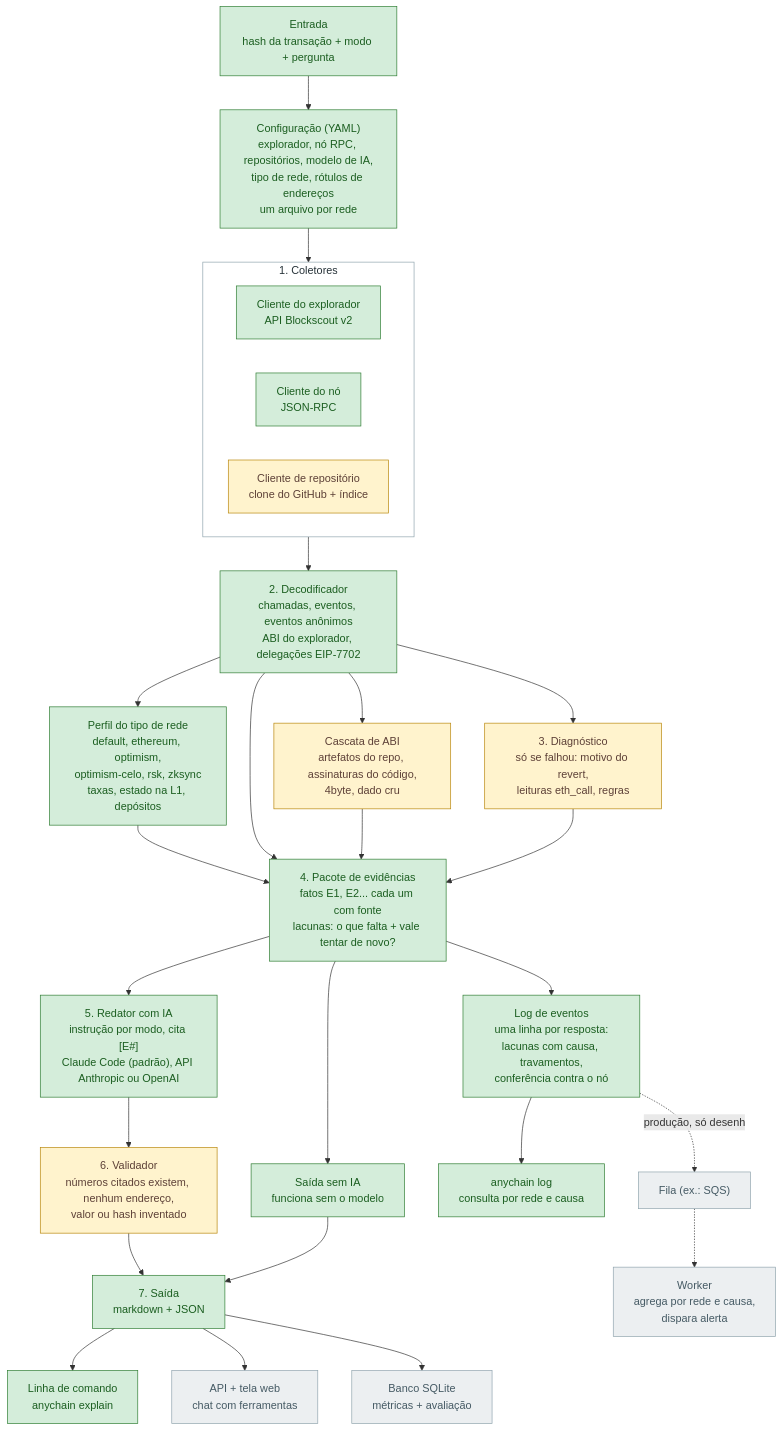
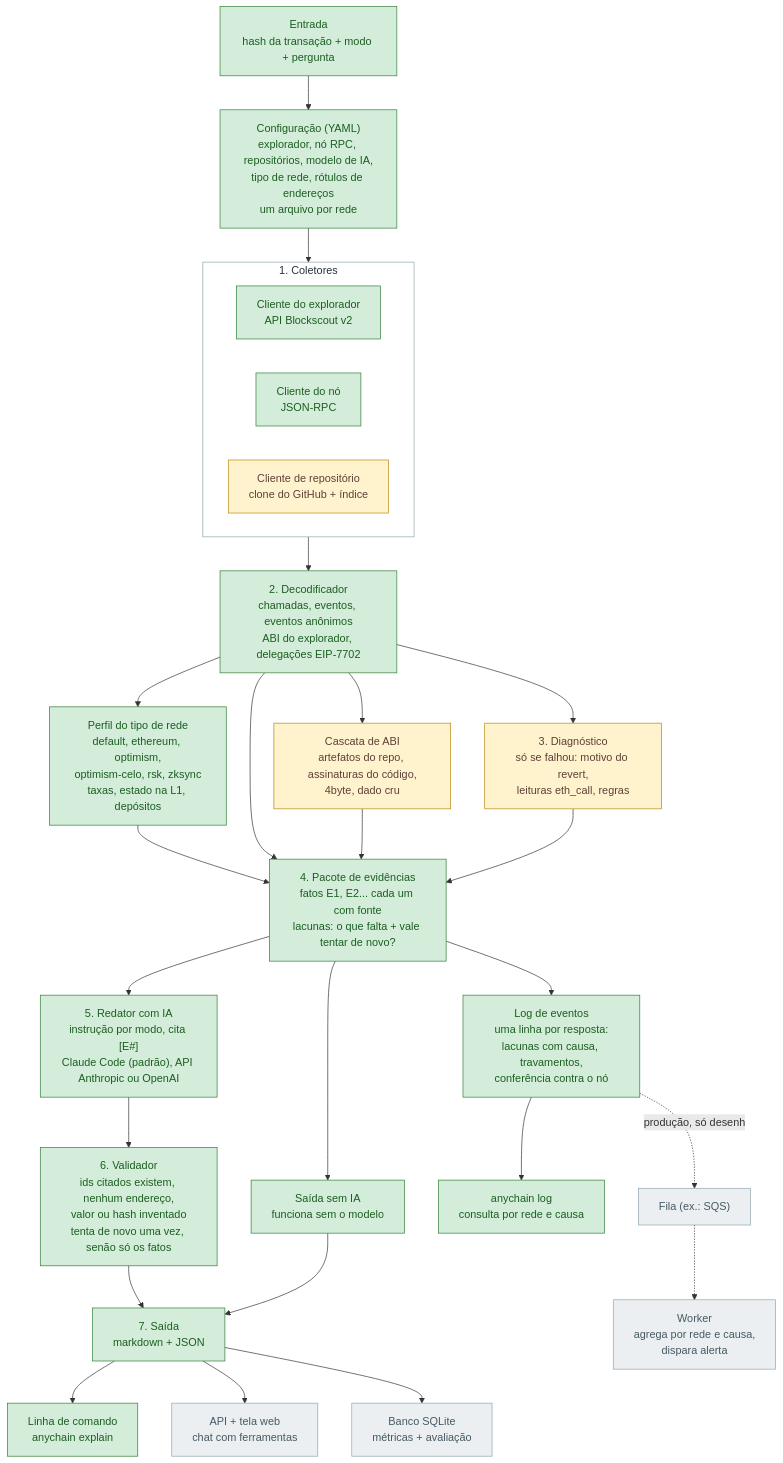
The first of 5 diagrams in docs/ARCHITECTURE.pt-BR.md (Ebaoj/anychain), drawn with Mermaid before and after one commit. The commit also changed other lines of this file and 10 other files, not shown here.

````diff
--- a/docs/ARCHITECTURE.pt-BR.md
+++ b/docs/ARCHITECTURE.pt-BR.md
@@ -20,46 +20,46 @@
 ```mermaid
 flowchart TD
     IN["Entrada<br/>hash da transação + modo + pergunta"] --> CFG
 
     CFG["Configuração (YAML)<br/>explorador, nó RPC, repositórios, modelo de IA,<br/>tipo de rede, rótulos de endereços<br/>um arquivo por rede"]
 
     CFG --> COL
     subgraph COL["1. Coletores"]
         EXP["Cliente do explorador<br/>API Blockscout v2"]
         RPC["Cliente do nó<br/>JSON-RPC"]
         REPO["Cliente de repositório<br/>clone do GitHub + índice"]
     end
 
     COL --> DEC["2. Decodificador<br/>chamadas, eventos, eventos anônimos<br/>ABI do explorador, delegações EIP-7702"]
     DEC --> PRO["Perfil do tipo de rede<br/>default, ethereum, optimism,<br/>optimism-celo, rsk, zksync<br/>taxas, estado na L1, depósitos"]
     PRO --> BUN
     DEC --> CAS["Cascata de ABI<br/>artefatos do repo, assinaturas do código,<br/>4byte, dado cru"]
     DEC --> DIAG["3. Diagnóstico<br/>só se falhou: motivo do revert,<br/>leituras eth_call, regras"]
     DEC --> BUN
     CAS --> BUN
     DIAG --> BUN
 
     BUN["4. Pacote de evidências<br/>fatos E1, E2... cada um com fonte<br/>lacunas: o que falta + vale tentar de novo?"]
     BUN --> WRI["5. Redator com IA<br/>instrução por modo, cita [E#]<br/>Claude Code (padrão), API Anthropic ou OpenAI"]
     BUN --> REN["Saída sem IA<br/>funciona sem o modelo"]
-    WRI --> VAL["6. Validador<br/>números citados existem, nenhum endereço,<br/>valor ou hash inventado"]
+    WRI --> VAL["6. Validador<br/>ids citados existem, nenhum endereço,<br/>valor ou hash inventado<br/>tenta de novo uma vez, senão só os fatos"]
     VAL --> OUT
     REN --> OUT
 
     OUT["7. Saída<br/>markdown + JSON"] --> CLI["Linha de comando<br/>anychain explain"]
     OUT --> API["API + tela web<br/>chat com ferramentas"]
     OUT --> DB["Banco SQLite<br/>métricas + avaliação"]
     BUN --> LOG["Log de eventos<br/>uma linha por resposta:<br/>lacunas com causa, travamentos,<br/>conferência contra o nó"]
     LOG --> QRY["anychain log<br/>consulta por rede e causa"]
     LOG -.produção, só desenho.-> FILA["Fila (ex.: SQS)"]
     FILA -.-> WRK["Worker<br/>agrega por rede e causa,<br/>dispara alerta"]
 
     classDef done fill:#d4edda,stroke:#2e7d32,color:#1b5e20
     classDef next fill:#fff3cd,stroke:#b8860b,color:#5d4037
     classDef later fill:#eceff1,stroke:#90a4ae,color:#455a64
 
-    class IN,CFG,EXP,RPC,DEC,PRO,BUN,WRI,REN,OUT,CLI,LOG,QRY done
-    class REPO,CAS,DIAG,VAL next
+    class IN,CFG,EXP,RPC,DEC,PRO,BUN,WRI,REN,OUT,CLI,LOG,QRY,VAL done
+    class REPO,CAS,DIAG next
     class API,DB,FILA,WRK later
     style COL fill:#ffffff,stroke:#90a4ae,color:#263238
 ```
````
